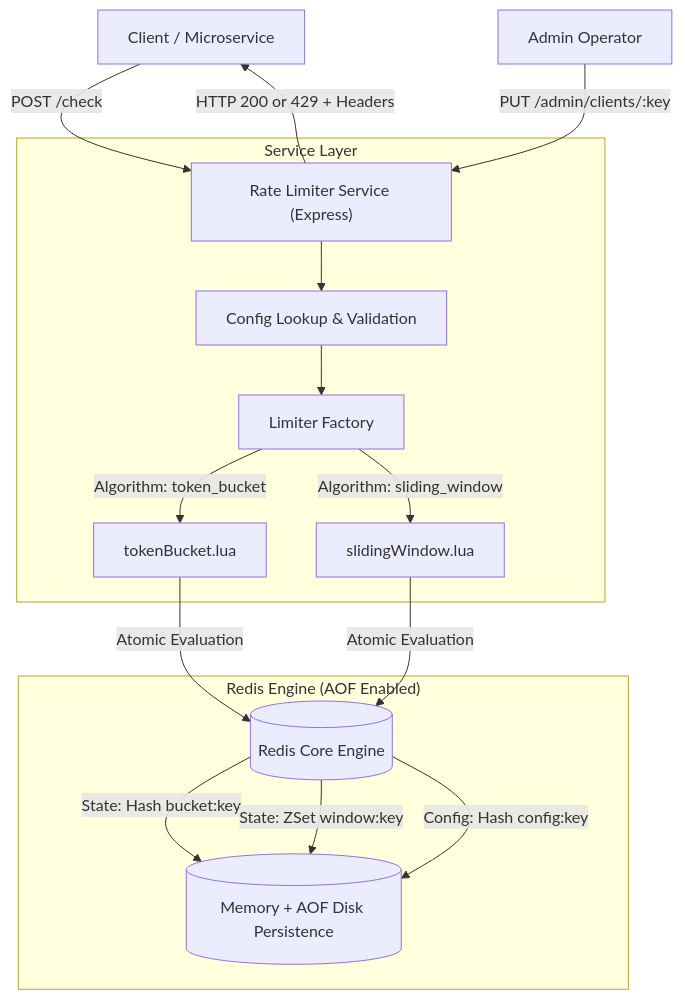
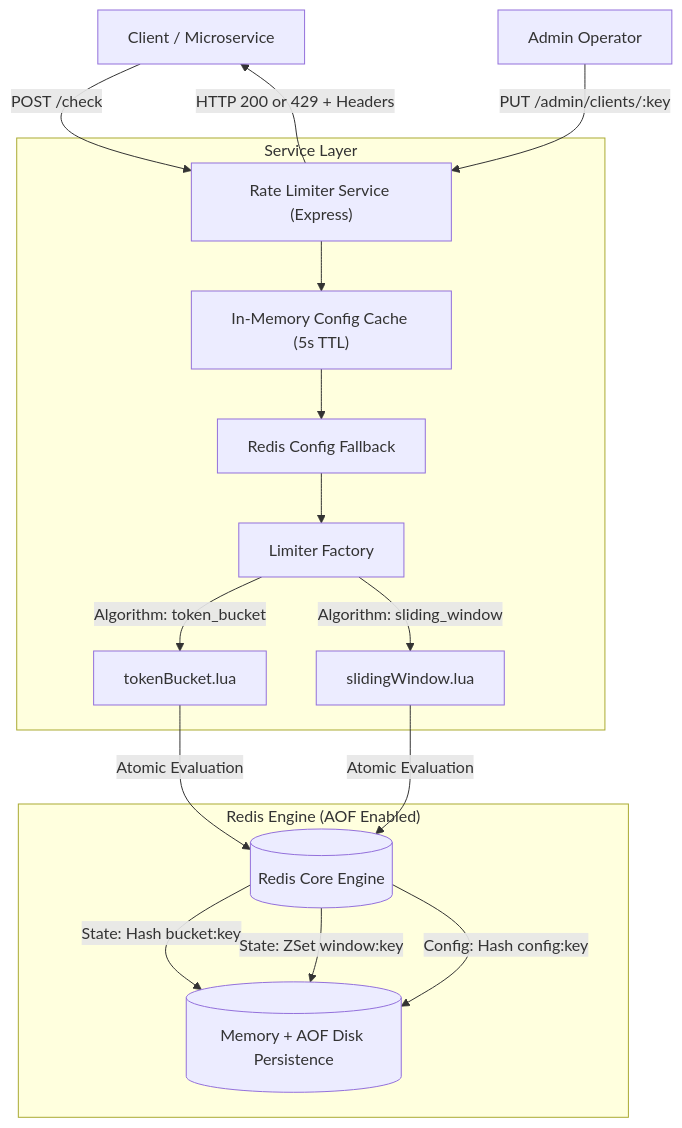
The diagram in README.md (GyandeepEkansh/rate-limiter-service), drawn with Mermaid before and after one commit. The commit also changed other lines of this file and 22 other files, not shown here.

````diff
--- a/README.md
+++ b/README.md
@@ -9,22 +9,23 @@
 ```mermaid
 flowchart TD
     Client["Client / Microservice"] -->|POST /check| API["Rate Limiter Service (Express)"]
     Admin["Admin Operator"] -->|PUT /admin/clients/:key| API
 
     subgraph ServiceLayer ["Service Layer"]
-        API --> ConfigMgr["Config Lookup & Validation"]
+        API --> ConfigCache["In-Memory Config Cache (5s TTL)"]
+        ConfigCache --> ConfigMgr["Redis Config Fallback"]
         ConfigMgr --> LimiterFactory["Limiter Factory"]
         LimiterFactory -->|Algorithm: token_bucket| LuaTB["tokenBucket.lua"]
         LimiterFactory -->|Algorithm: sliding_window| LuaSW["slidingWindow.lua"]
     end
 
     subgraph RedisStorage ["Redis Engine (AOF Enabled)"]
         LuaTB -->|Atomic Evaluation| RedisEngine[("Redis Core Engine")]
         LuaSW -->|Atomic Evaluation| RedisEngine
         RedisEngine -->|State: Hash bucket:key| Storage[("Memory + AOF Disk Persistence")]
         RedisEngine -->|State: ZSet window:key| Storage
         RedisEngine -->|Config: Hash config:key| Storage
     end
 
     API -->|HTTP 200 or 429 + Headers| Client
 ```
````
